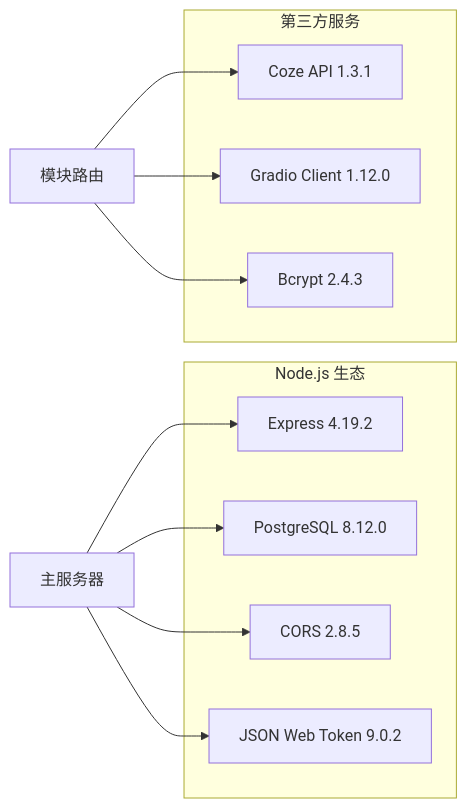
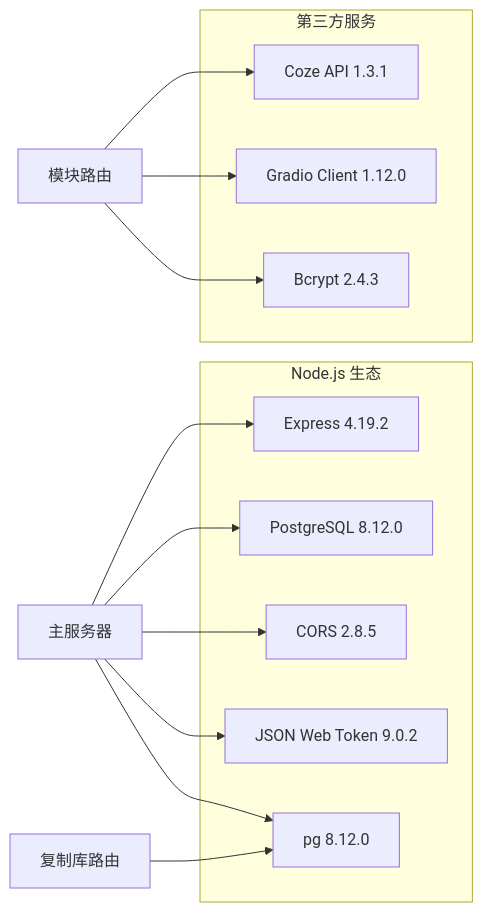
Before and after one commit to hanksd769-droid/sailshub: the eighth of 8 diagrams in .qoder/repowiki/zh/content/Product Copy Page.md, drawn with Mermaid. The commit also changed other lines of this file and 6 other files, not shown here.

````diff
--- a/.qoder/repowiki/zh/content/Product Copy Page.md
+++ b/.qoder/repowiki/zh/content/Product Copy Page.md
@@ -315,21 +445,24 @@
 ```mermaid
 graph LR
 subgraph "Node.js 生态"
 A[Express 4.19.2]
 B[PostgreSQL 8.12.0]
 C[CORS 2.8.5]
 D[JSON Web Token 9.0.2]
+E[pg 8.12.0]
 end
 subgraph "第三方服务"
-E[Coze API 1.3.1]
-F[Gradio Client 1.12.0]
-G[Bcrypt 2.4.3]
+F[Coze API 1.3.1]
+G[Gradio Client 1.12.0]
+H[Bcrypt 2.4.3]
 end
-H[主服务器] --> A
-H --> B
-H --> C
-H --> D
-I[模块路由] --> E
-I --> F
-I --> G
+I[主服务器] --> A
+I --> B
+I --> C
+I --> D
+I --> E
+J[模块路由] --> F
+J --> G
+J --> H
+K[复制库路由] --> E
 ```
````
